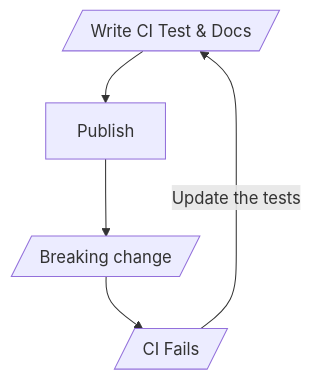
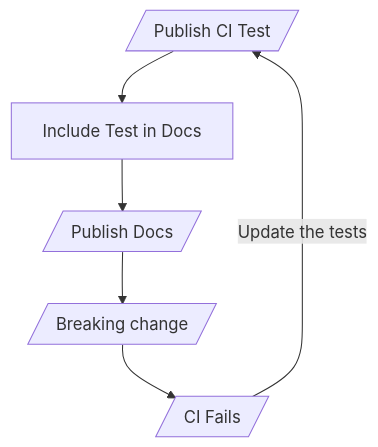
Before and after one commit to DanRoscigno/SingleSourceCodeTestingAndDocs: the second of 2 diagrams in README.md, drawn with Mermaid. The commit also changed other lines of this file, not shown here.

````diff
--- a/README.md
+++ b/README.md
@@ -29,9 +29,10 @@
 ```mermaid
 flowchart TD
 
-C[/Write CI Test & Docs/]--> 
-J[Publish] -->
+C[/Publish CI Test/]--> 
+E[Include Test in Docs]--> 
+J[/Publish Docs/] -->
 M[/Breaking change/] -->
 P[/CI Fails/] -- Update the tests -->C
 C
 ```
````
